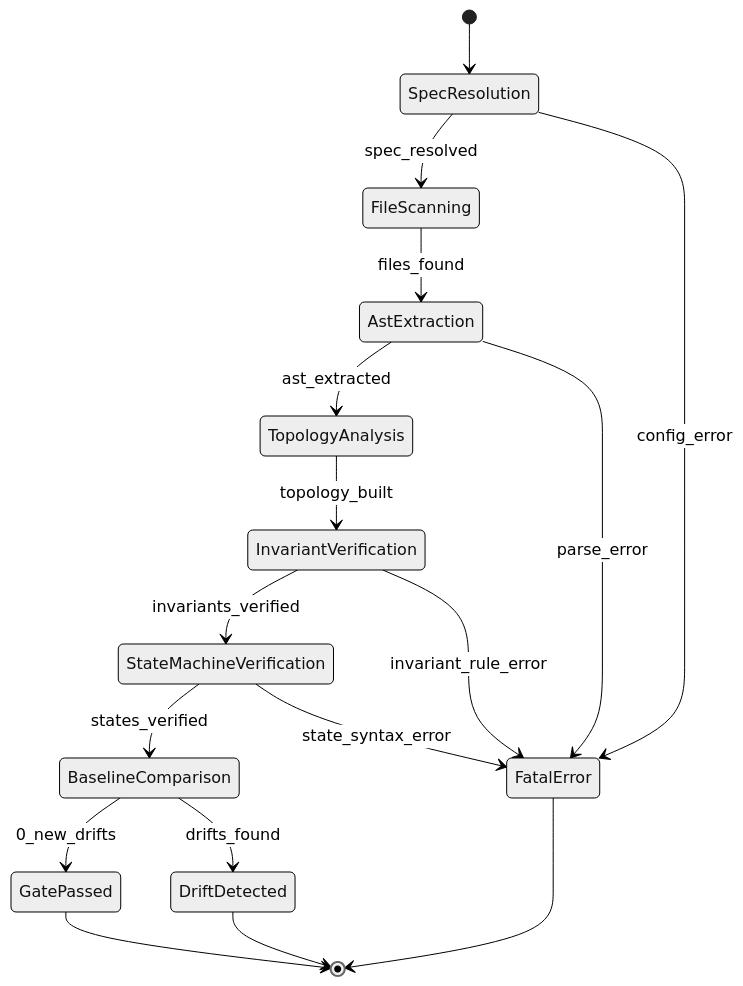
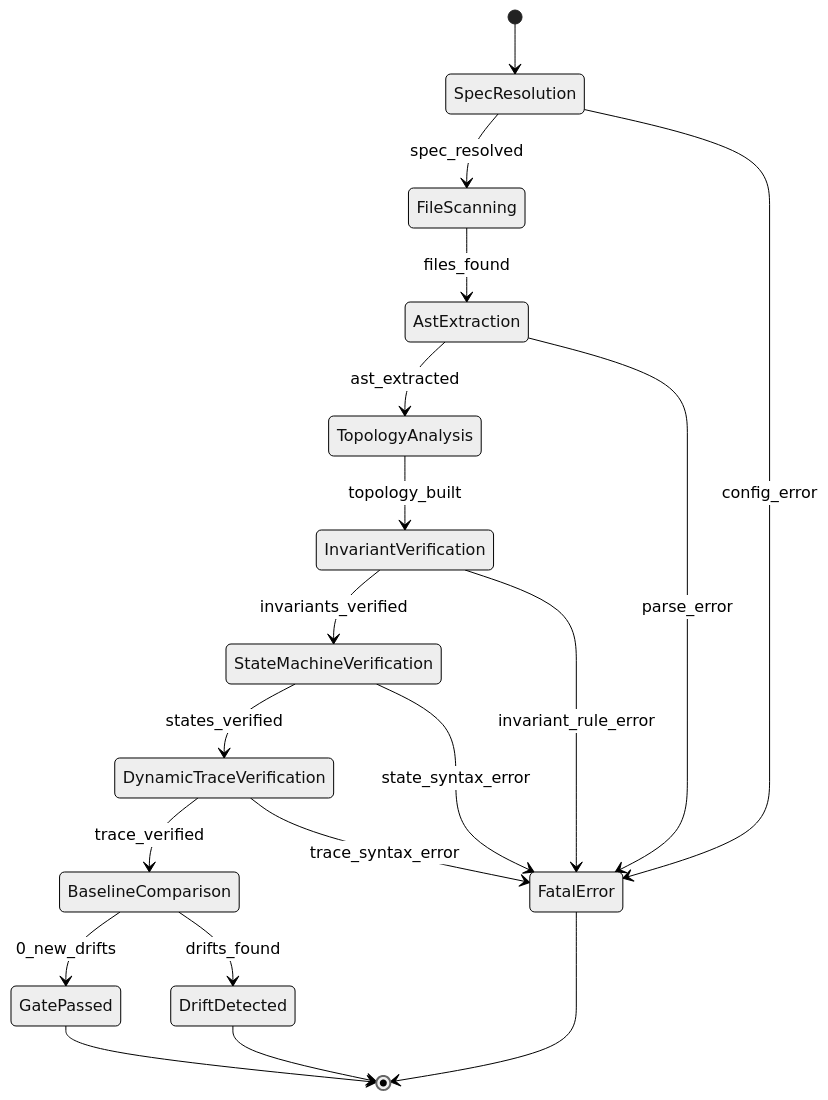
The second of 2 diagrams in ARCHITECTURE.md (blacktea1526/SextantDrift), drawn with Mermaid (neutral theme) before and after one commit. The commit also changed other lines of this file and 24 other files, not shown here.

Commit message:
feat(core): implement Phase 5 Dynamic Trace and Causality Engine

````diff
--- a/ARCHITECTURE.md
+++ b/ARCHITECTURE.md
@@ -51,25 +53,28 @@
 ```mermaid
 stateDiagram-v2
     [*] --> SpecResolution
     SpecResolution --> FileScanning: spec_resolved
     SpecResolution --> FatalError: config_error
 
     FileScanning --> AstExtraction: files_found
 
     AstExtraction --> TopologyAnalysis: ast_extracted
     AstExtraction --> FatalError: parse_error
 
     TopologyAnalysis --> InvariantVerification: topology_built
     InvariantVerification --> StateMachineVerification: invariants_verified
     InvariantVerification --> FatalError: invariant_rule_error
 
-    StateMachineVerification --> BaselineComparison: states_verified
+    StateMachineVerification --> DynamicTraceVerification: states_verified
     StateMachineVerification --> FatalError: state_syntax_error
+
+    DynamicTraceVerification --> BaselineComparison: trace_verified
+    DynamicTraceVerification --> FatalError: trace_syntax_error
 
     BaselineComparison --> GatePassed: 0_new_drifts
     BaselineComparison --> DriftDetected: drifts_found
 
     GatePassed --> [*]
     DriftDetected --> [*]
     FatalError --> [*]
 ```
````
